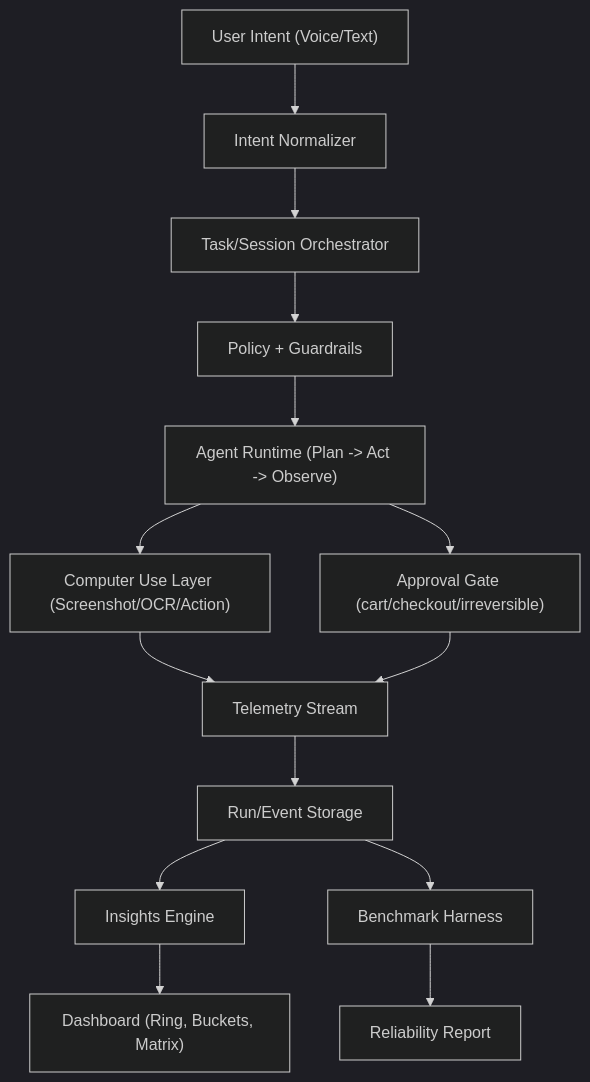
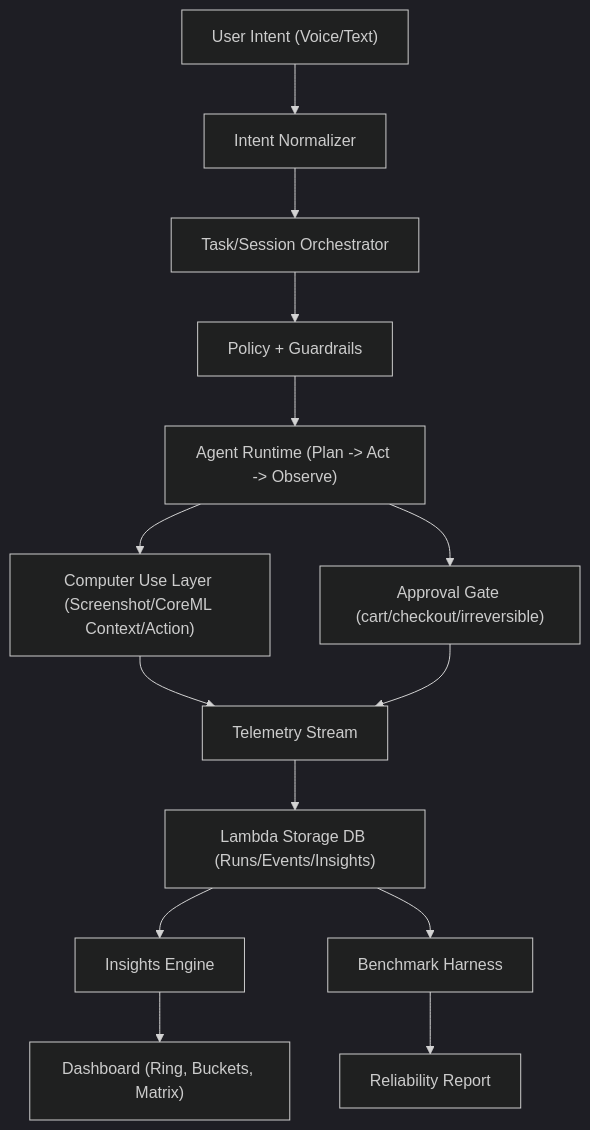
One commit to erinjerri/TimeBite changed the second of 4 diagrams in README.md. Above: the diagram before and after it, drawn with Mermaid (dark theme). The commit also changed other lines of this file and 8 other files, not shown here.

````diff
--- a/README.md
+++ b/README.md
@@ -45,16 +61,16 @@
 ```mermaid
 flowchart TD
     A["User Intent (Voice/Text)"] --> B["Intent Normalizer"]
     B --> C["Task/Session Orchestrator"]
     C --> D["Policy + Guardrails"]
     D --> E["Agent Runtime (Plan -> Act -> Observe)"]
-    E --> F["Computer Use Layer (Screenshot/OCR/Action)"]
+    E --> F["Computer Use Layer (Screenshot/CoreML Context/Action)"]
     E --> G["Approval Gate (cart/checkout/irreversible)"]
     F --> H["Telemetry Stream"]
     G --> H
-    H --> I["Run/Event Storage"]
+    H --> I["Lambda Storage DB (Runs/Events/Insights)"]
     I --> J["Insights Engine"]
     J --> K["Dashboard (Ring, Buckets, Matrix)"]
     I --> L["Benchmark Harness"]
     L --> M["Reliability Report"]
 ```
````
